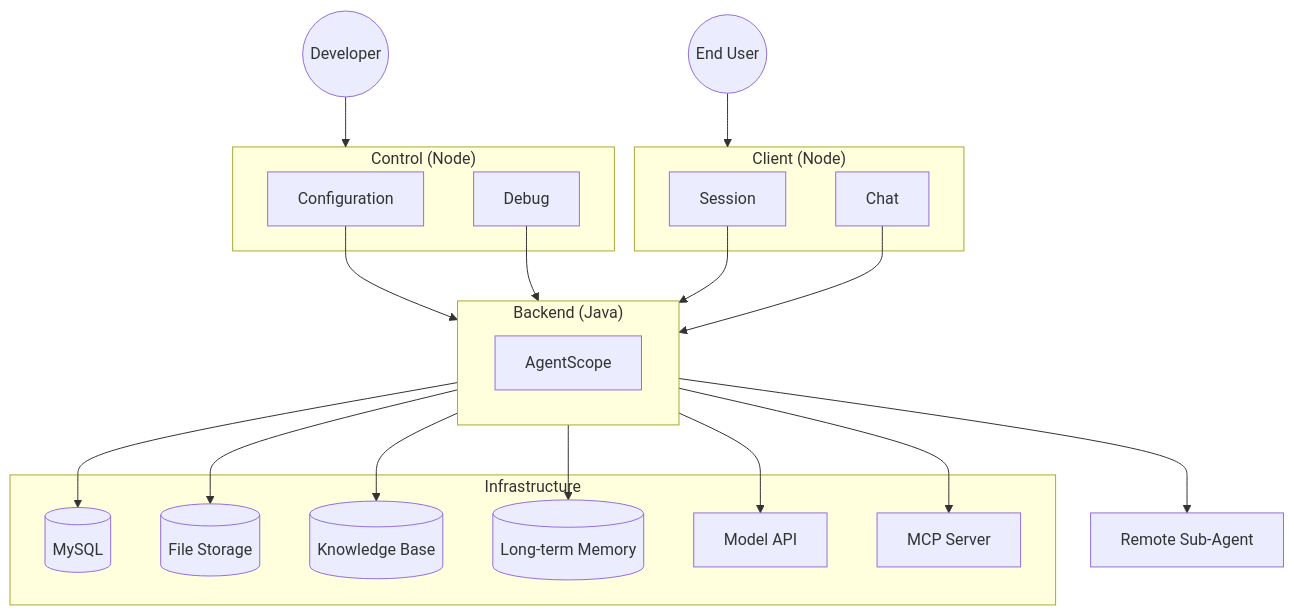
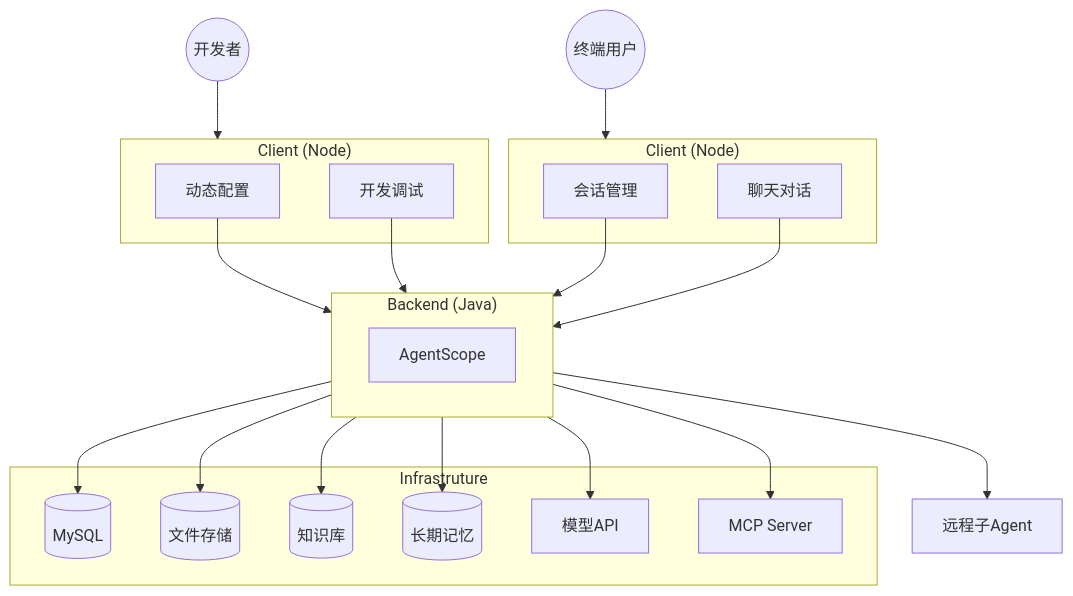
The diagram in README.md (alibaba/tron-one-agent), drawn with Mermaid before and after one commit. The commit also changed other lines of this file and 1 other file, not shown here.

````diff
--- a/README.md
+++ b/README.md
@@ -50,45 +49,45 @@
 ```mermaid
 graph TB
-  EndUser((End User))
+  EndUser((终端用户))
   subgraph Client["Client (Node)"]
-    Session[Session]
-    Chat[Chat]
+    Session[会话管理]
+    Chat[聊天对话]
   end
 
-  Developer((Developer))
-  subgraph Control["Control (Node)"]
-    Config[Configuration]
-    Debugger[Debug]
+  Developer((开发者))
+  subgraph Control["Client (Node)"]
+    Config[动态配置]
+    Debugger[开发调试]
   end
 
   subgraph Backend["Backend (Java)"]
     AgentScope[AgentScope]
   end
 
-  subgraph Infrastructure
+  subgraph Infrastruture
     Mysql[(MySQL)]
-    OSS[("File Storage")]
-    RAG[("Knowledge Base")]
-    LongTermMemory[("Long-term Memory")]
-    ModelAPI["Model API"]
+    OSS[(文件存储)]
+    RAG[(知识库)]
+    LongTermMemory[(长期记忆)]
+    ModelAPI[模型API]
     McpServer["MCP Server"]
   end
 
-  RemoteSubAgent[Remote Sub-Agent]
+  RemoteSubAgent[远程子Agent]
 
   EndUser --> Client
   Developer --> Control
 
   Config --> Backend
   Debugger --> Backend
   Session --> Backend
   Chat --> Backend
 
   Backend --> Mysql
   Backend --> OSS
   Backend --> ModelAPI
   Backend --> RAG
   Backend --> LongTermMemory
   Backend --> McpServer
   Backend --> RemoteSubAgent
 ```
````
